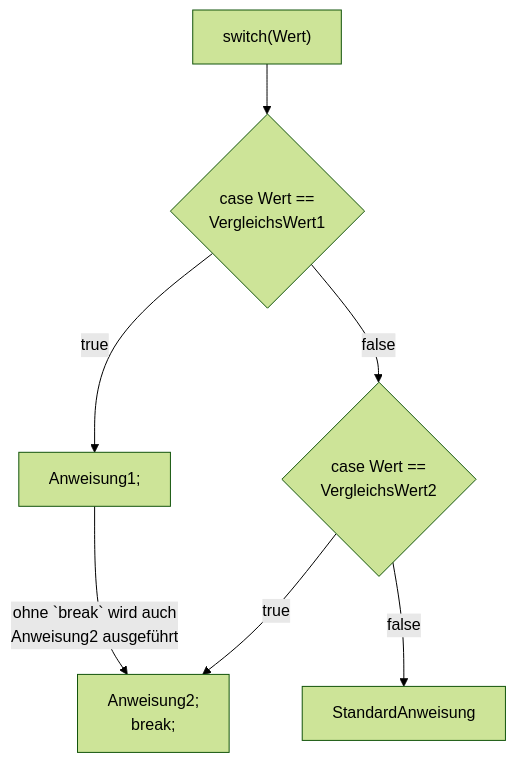
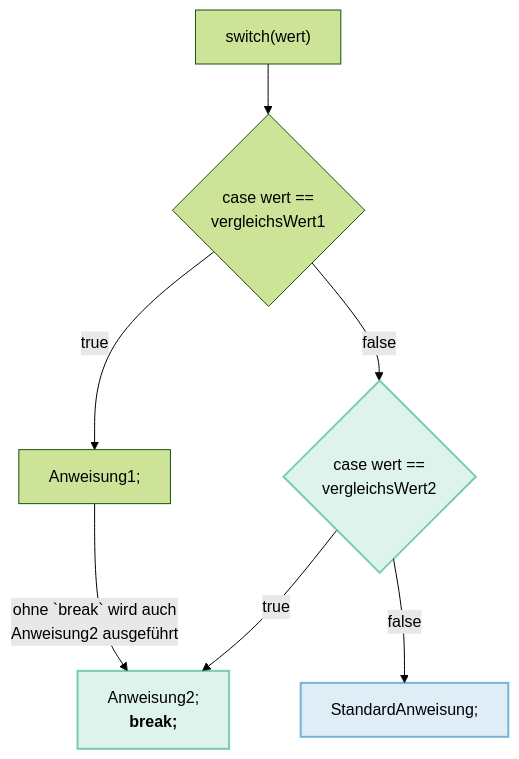
The third of 4 diagrams in docs/repetition/basics.md (codingluke/bbzbl-modul-404), drawn with Mermaid (forest theme) before and after one commit. The commit also changed other lines of this file, not shown here.

Commit message:
More switch

````diff
--- a/docs/repetition/basics.md
+++ b/docs/repetition/basics.md
@@ -470,18 +493,22 @@
 ```mermaid
 flowchart TB
-    A["switch(Wert)"]
+    A["switch(wert)"]
     A --> B
 
-    B{"case Wert ==\n VergleichsWert1"}
-    C{"case Wert ==\n VergleichsWert2"}
+    B{"case wert ==\n vergleichsWert1"}
+    C{"case wert ==\n vergleichsWert2"}
 
     E["Anweisung1;"]
-    F["Anweisung2;\nbreak;"]
-    D["StandardAnweisung"]
+    F["Anweisung2;\n <b>break;</b>"]
+    D["StandardAnweisung;"]
 
     E --> |"ohne `break` wird auch\nAnweisung2 ausgeführt"| F
     B --> |"false"| C
     B --> |"true"| E
     C --> |"true"| F
     C --> |"false"| D
+
+    style C fill:#00A17020,stroke:#00A17080,stroke-width:2px
+    style F fill:#00A17020,stroke:#00A17080,stroke-width:2px
+    style D fill:#0072B520,stroke:#0072B580,stroke-width:2px
 ```
````
